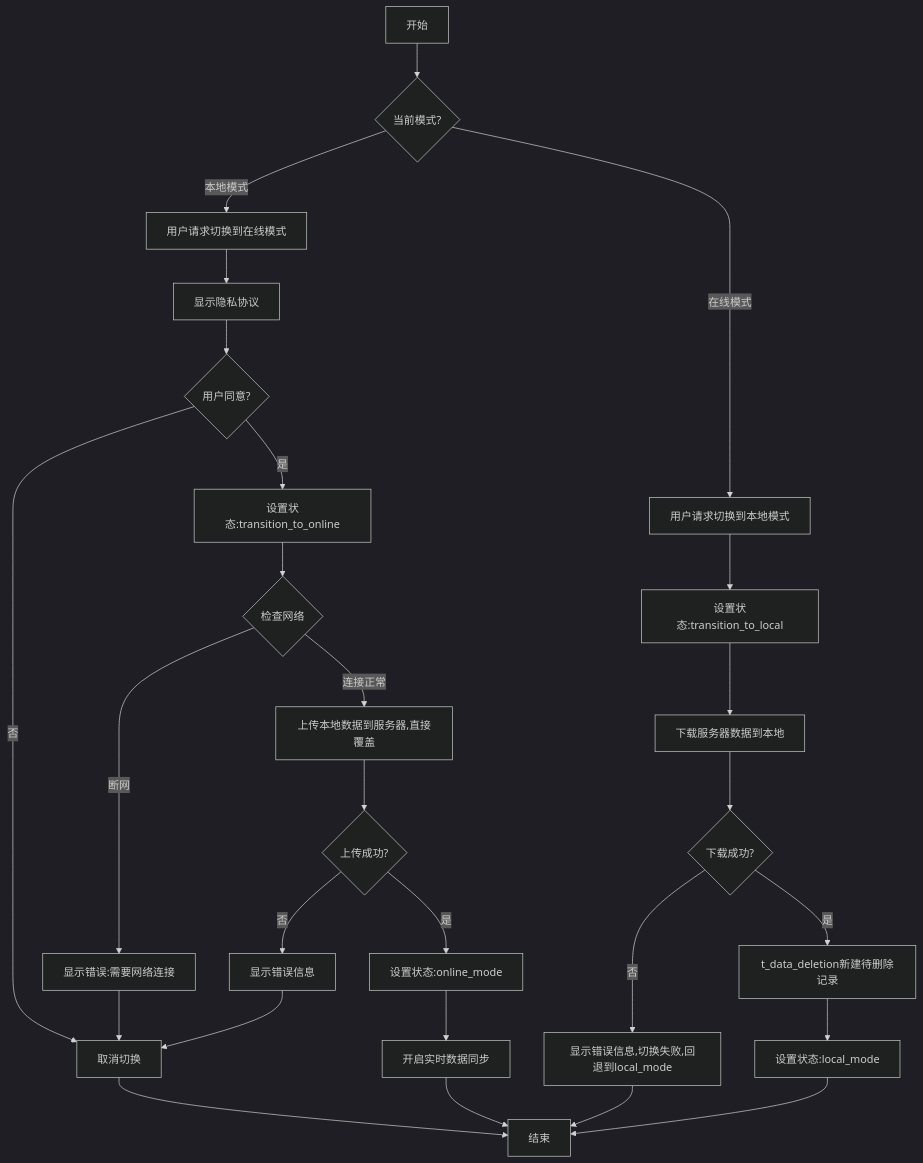
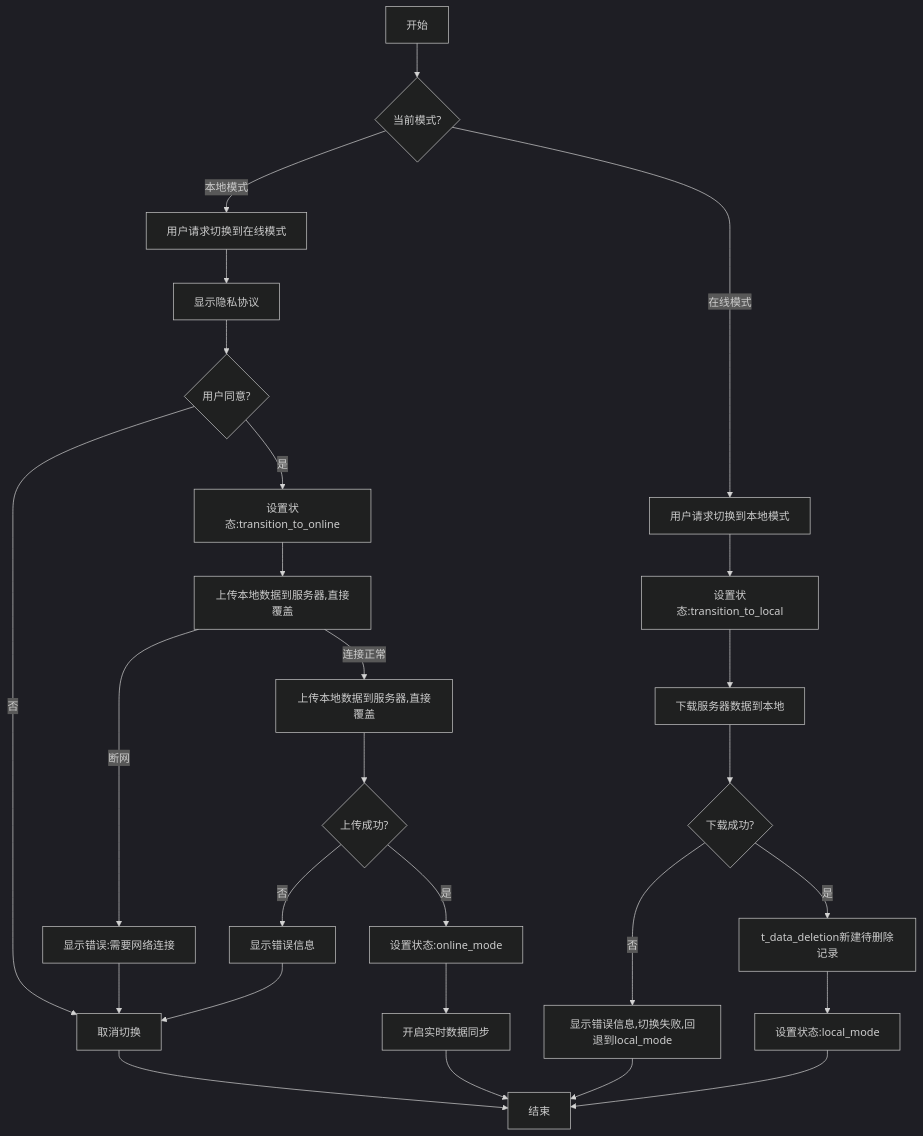
One commit to yingjianzh/iodraw-files changed the diagram in all/未命名-50.md. Above: the diagram before and after it, drawn with Mermaid (dark theme).

Commit message:
2025-05-08 16:17:08 update

````diff
--- a/all/未命名-50.md
+++ b/all/未命名-50.md
@@ -1,34 +1,34 @@
 ```mermaid
 
 flowchart TD
     A[开始] --> B{当前模式?}
     
     B -->|本地模式| C[用户请求切换到在线模式]
     C --> F[显示隐私协议]
     F --> G{用户同意?}
     G -->|否| H[取消切换]
     H --> Z[结束]
     G -->|是| I[设置状态:transition_to_online]
-    I --> J{检查网络}
+    I --> J[上传本地数据到服务器,直接覆盖]
     J -->|断网| K[显示错误:需要网络连接]
     K --> H
     J -->|连接正常| O[上传本地数据到服务器,直接覆盖]
     O --> P{上传成功?}
     P -->|否| Q[显示错误信息]
     Q --> H
     P -->|是| R[设置状态:online_mode]
     R --> S[开启实时数据同步]
     S --> Z
     
     B -->|在线模式| T[用户请求切换到本地模式]
     T --> U[设置状态:transition_to_local]
     U --> X[下载服务器数据到本地]
     X --> Y{下载成功?}
     Y -->|否| AA2[显示错误信息,切换失败,回退到local_mode]
     AA2 --> Z
     Y -->|是| AB2[t_data_deletion新建待删除记录]
 
     AB2 -->AE[设置状态:local_mode]
     AE --> Z
 
 ```
````
